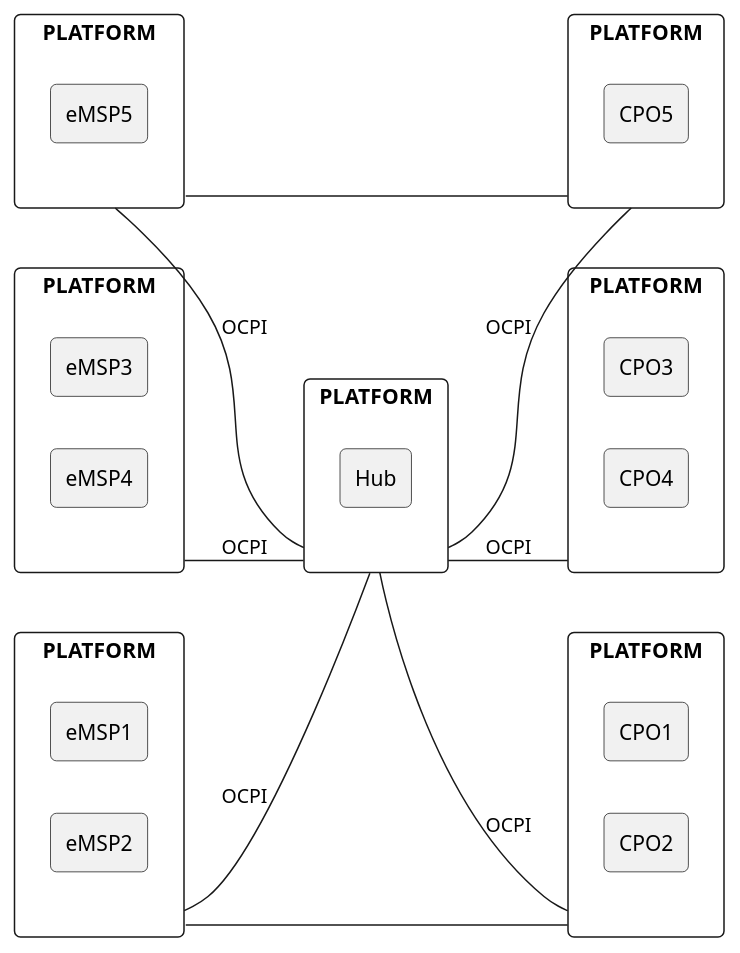
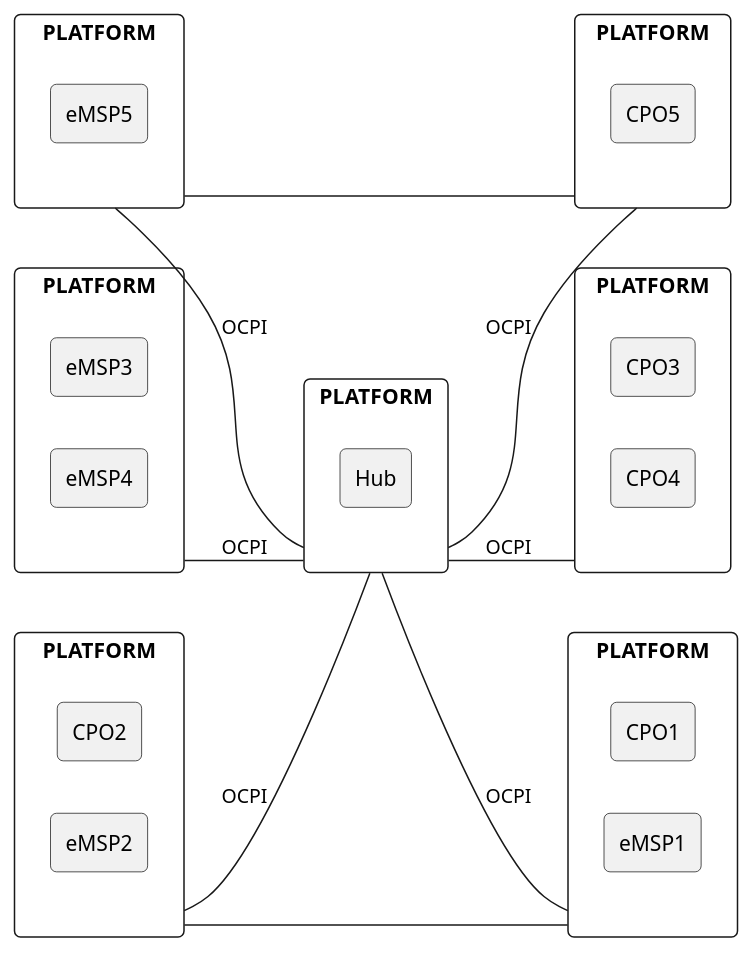
One commit to ocpi/ocpi changed the diagram in plantuml/architecture_hub_and_direct.plantuml. Above: the diagram before and after it, drawn with PlantUML. The commit also changed other lines of this file and 2 other files, not shown here.

Commit message:
Added platform to hub topology diagram

```diff
--- a/plantuml/architecture_hub_and_direct.plantuml
+++ b/plantuml/architecture_hub_and_direct.plantuml
@@ -1,55 +1,55 @@
 @startuml
 
 skinparam agent {
 	roundCorner 8
 }
 
 skinparam rectangle {
 	roundCorner 8
 }
 
 left to right direction
 
 rectangle PLATFORM as MSP1 {
-  agent eMSP1
+  agent CPO2
   agent eMSP2
 }
 
 rectangle PLATFORM as MSP2 {
   agent eMSP3
   agent eMSP4
 }
 
 rectangle PLATFORM as MSP3 {
   agent eMSP5
 }
 
 rectangle PLATFORM as CPOP1 {
   agent CPO1
-  agent CPO2
+  agent eMSP1
 }
 
 rectangle PLATFORM as CPOP2 {
   agent CPO3
   agent CPO4
 }
 
 rectangle PLATFORM as CPOP3 {
   agent CPO5
 }
 
 rectangle PLATFORM as HUB_PLATFORM {
   agent Hub
 }
 
 MSP1--HUB_PLATFORM: OCPI
 MSP2--HUB_PLATFORM: OCPI
 MSP3--HUB_PLATFORM: OCPI
 HUB_PLATFORM--CPOP1: OCPI
 HUB_PLATFORM--CPOP2: OCPI
 HUB_PLATFORM--CPOP3: OCPI
 
 MSP1--CPOP1
 MSP3--CPOP3
 
 @enduml
```
